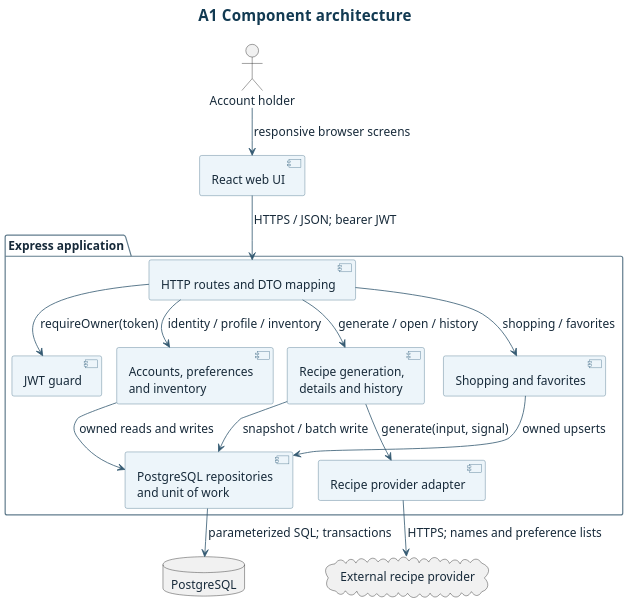
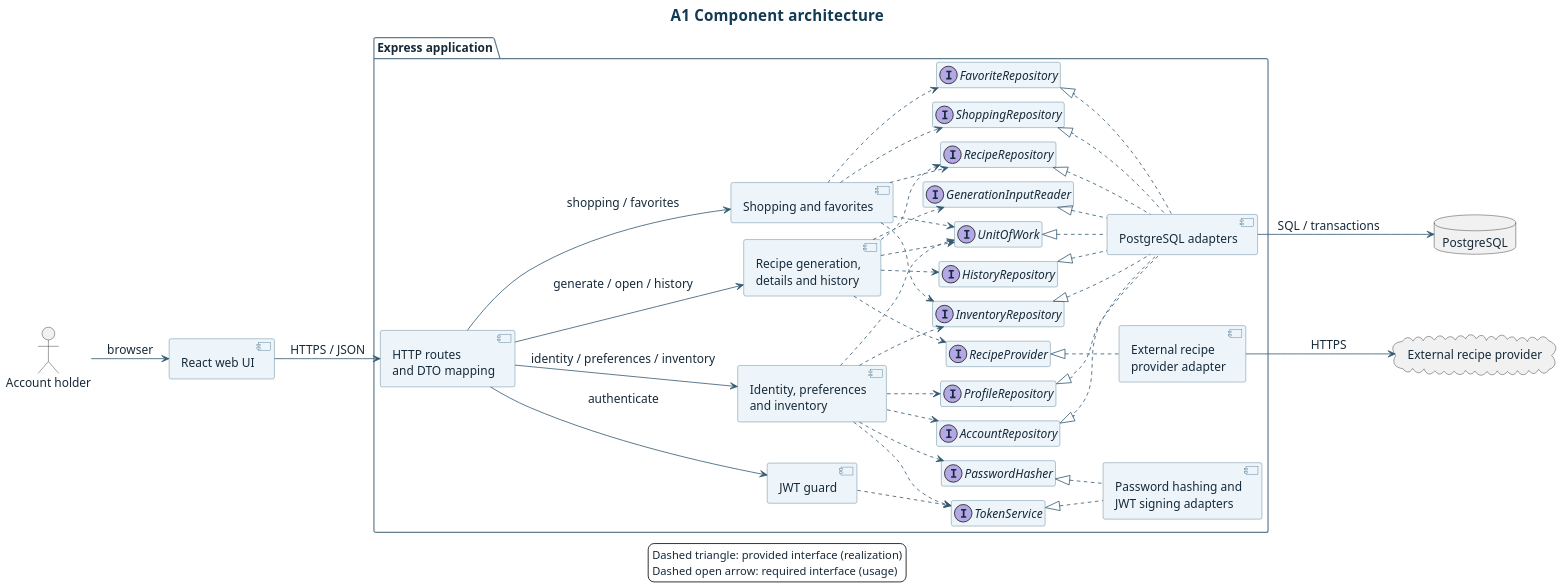
Before and after one commit to SarpCizer/CMPE331-Project: the diagram in docs/design/arch/component.puml, drawn with PlantUML. The commit also changed 1 other file, not shown here.

Commit message:
docs: show provided and required UML interfaces

```diff
--- a/docs/design/arch/component.puml
+++ b/docs/design/arch/component.puml
@@ -1,48 +1,95 @@
 @startuml
 title A1  Component architecture
 skinparam backgroundColor #FFFFFF
 skinparam defaultFontName Arial
 skinparam defaultFontColor #172A3A
 skinparam defaultFontSize 15
 skinparam ArrowColor #345A72
 skinparam Shadowing false
 skinparam dpi 150
 skinparam TitleFontColor #123A52
 skinparam TitleFontSize 19
 skinparam ClassBackgroundColor #EDF5FA
 skinparam ClassBorderColor #456F89
 skinparam ComponentBackgroundColor #EDF5FA
 skinparam ComponentBorderColor #456F89
 skinparam PackageBorderColor #456F89
 skinparam ParticipantBackgroundColor #E6F4F0
 skinparam ParticipantBorderColor #417364
 skinparam SequenceGroupBackgroundColor #EDF5FA
 skinparam SequenceGroupBorderColor #617C8D
 !pragma layout smetana
-top to bottom direction
+allowmixing
+left to right direction
+hide empty members
+hide stereotype
 actor "Account holder" as User
 component "React web UI" as UI
 package "Express application" {
-  component "HTTP routes and DTO mapping" as API
+  component "HTTP routes\nand DTO mapping" as API
   component "JWT guard" as Guard
-  component "Accounts, preferences\nand inventory" as Core
+  component "Identity, preferences\nand inventory" as Core
   component "Recipe generation,\ndetails and history" as Recipes
   component "Shopping and favorites" as Lists
-  component "PostgreSQL repositories\nand unit of work" as Persistence
-  component "Recipe provider adapter" as Adapter
+  component "PostgreSQL adapters" as Persistence
+  component "Password hashing and\nJWT signing adapters" as Security
+  component "External recipe\nprovider adapter" as Adapter
+  interface AccountRepository {}
+  interface ProfileRepository {}
+  interface InventoryRepository {}
+  interface RecipeRepository {}
+  interface GenerationInputReader {}
+  interface HistoryRepository {}
+  interface ShoppingRepository {}
+  interface FavoriteRepository {}
+  interface PasswordHasher {}
+  interface TokenService {}
+  interface RecipeProvider {}
+  interface UnitOfWork {}
 }
 database "PostgreSQL" as DB
 cloud "External recipe provider" as Provider
-User --> UI : responsive browser screens
-UI --> API : HTTPS / JSON; bearer JWT
-API --> Guard : requireOwner(token)
-API --> Core : identity / profile / inventory
+User --> UI : browser
+UI --> API : HTTPS / JSON
+API --> Guard : authenticate
+API --> Core : identity / preferences / inventory
 API --> Recipes : generate / open / history
 API --> Lists : shopping / favorites
-Core --> Persistence : owned reads and writes
-Recipes --> Persistence : snapshot / batch write
-Lists --> Persistence : owned upserts
-Recipes --> Adapter : generate(input, signal)
-Adapter --> Provider : HTTPS; names and preference lists
-Persistence --> DB : parameterized SQL; transactions
+Adapter --> Provider : HTTPS
+Persistence --> DB : SQL / transactions
+
+AccountRepository <|.. Persistence
+ProfileRepository <|.. Persistence
+InventoryRepository <|.. Persistence
+RecipeRepository <|.. Persistence
+GenerationInputReader <|.. Persistence
+HistoryRepository <|.. Persistence
+ShoppingRepository <|.. Persistence
+FavoriteRepository <|.. Persistence
+UnitOfWork <|.. Persistence
+PasswordHasher <|.. Security
+TokenService <|.. Security
+RecipeProvider <|.. Adapter
+Core ..> AccountRepository
+Core ..> ProfileRepository
+Core ..> InventoryRepository
+Core ..> UnitOfWork
+Core ..> PasswordHasher
+Core ..> TokenService
+Guard ..> TokenService
+Recipes ..> RecipeRepository
+Recipes ..> GenerationInputReader
+Recipes ..> HistoryRepository
+Recipes ..> UnitOfWork
+Recipes ..> RecipeProvider
+Lists ..> RecipeRepository
+Lists ..> InventoryRepository
+Lists ..> ShoppingRepository
+Lists ..> FavoriteRepository
+Lists ..> UnitOfWork
+
+legend bottom
+  Dashed triangle: provided interface (realization)
+  Dashed open arrow: required interface (usage)
+endlegend
 @enduml
```
